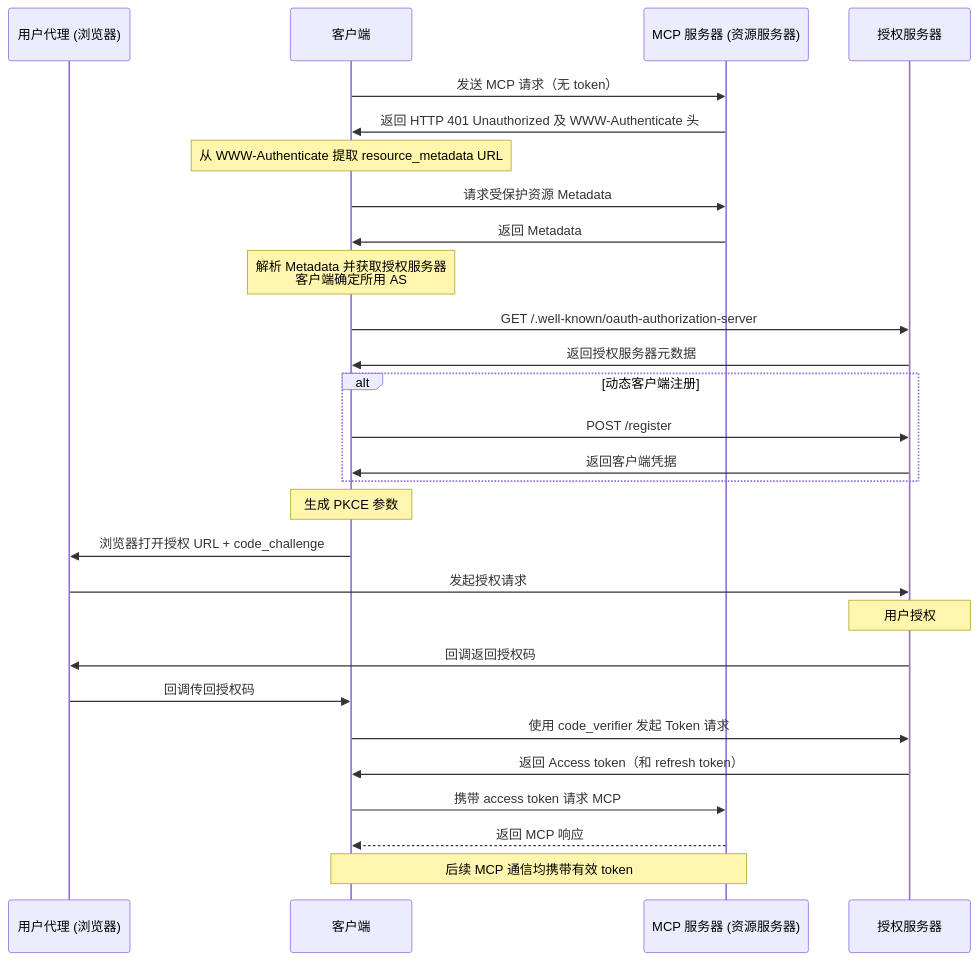
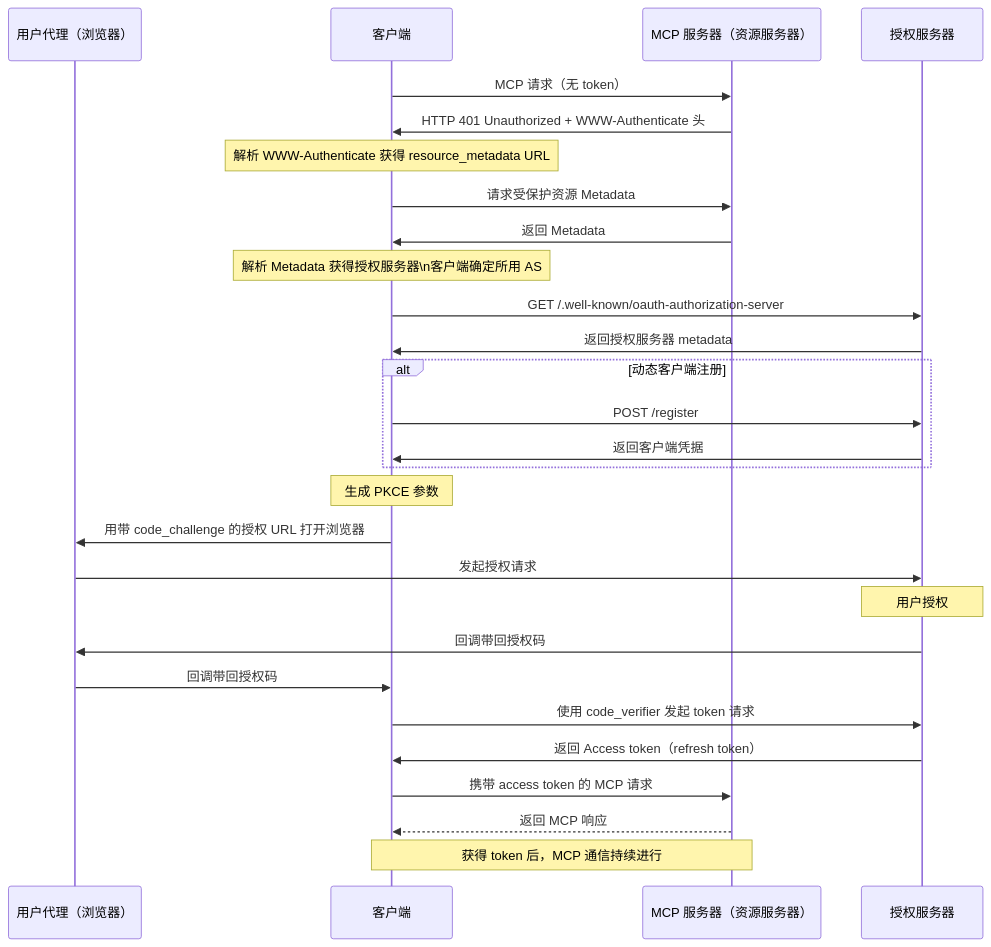
The diagram in README.zh-CN.md (go-training/mcp-workshop), drawn with Mermaid before and after one commit. The commit also changed other lines of this file and 1 other file, not shown here.

````diff
--- a/README.zh-CN.md
+++ b/README.zh-CN.md
@@ -148,36 +137,36 @@
 ```mermaid
 sequenceDiagram
-    participant B as 用户代理 (浏览器)
+    participant B as 用户代理（浏览器）
     participant C as 客户端
-    participant M as MCP 服务器 (资源服务器)
+    participant M as MCP 服务器（资源服务器）
     participant A as 授权服务器
 
-    C->>M: 发送 MCP 请求（无 token）
-    M->>C: 返回 HTTP 401 Unauthorized 及 WWW-Authenticate 头
-    Note over C: 从 WWW-Authenticate 提取 resource_metadata URL
+    C->>M: MCP 请求（无 token）
+    M->>C: HTTP 401 Unauthorized + WWW-Authenticate 头
+    Note over C: 解析 WWW-Authenticate 获得 resource_metadata URL
 
     C->>M: 请求受保护资源 Metadata
     M->>C: 返回 Metadata
 
-    Note over C: 解析 Metadata 并获取授权服务器<br/>客户端确定所用 AS
+    Note over C: 解析 Metadata 获得授权服务器\n客户端确定所用 AS
 
     C->>A: GET /.well-known/oauth-authorization-server
-    A->>C: 返回授权服务器元数据
+    A->>C: 返回授权服务器 metadata
 
     alt 动态客户端注册
         C->>A: POST /register
         A->>C: 返回客户端凭据
     end
 
     Note over C: 生成 PKCE 参数
-    C->>B: 浏览器打开授权 URL + code_challenge
+    C->>B: 用带 code_challenge 的授权 URL 打开浏览器
     B->>A: 发起授权请求
     Note over A: 用户授权
-    A->>B: 回调返回授权码
-    B->>C: 回调传回授权码
-    C->>A: 使用 code_verifier 发起 Token 请求
-    A->>C: 返回 Access token（和 refresh token）
-    C->>M: 携带 access token 请求 MCP
+    A->>B: 回调带回授权码
+    B->>C: 回调带回授权码
+    C->>A: 使用 code_verifier 发起 token 请求
+    A->>C: 返回 Access token（refresh token）
+    C->>M: 携带 access token 的 MCP 请求
     M-->>C: 返回 MCP 响应
-    Note over C,M: 后续 MCP 通信均携带有效 token
+    Note over C,M: 获得 token 后，MCP 通信持续进行
 ```
````
